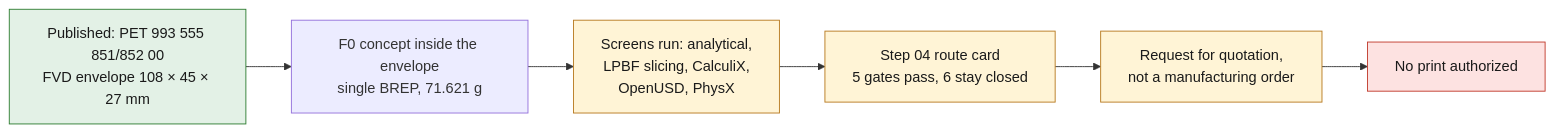
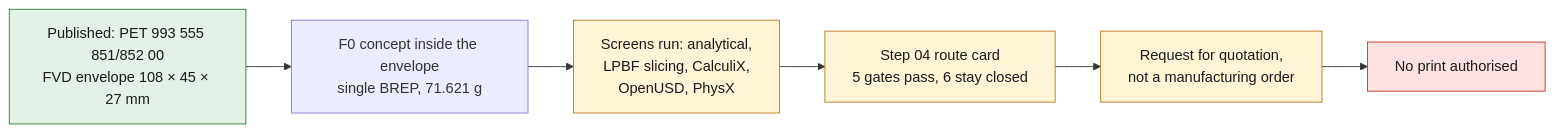
One commit to cluster2600/porscheparts changed the diagram in docs/993/993_DOOR_OPENER_LEVER_ALSI10MG_F0.md. Above: the diagram before and after it, drawn with Mermaid. The commit also changed other lines of this file and 480 other files, not shown here.

````diff
--- a/docs/993/993_DOOR_OPENER_LEVER_ALSI10MG_F0.md
+++ b/docs/993/993_DOOR_OPENER_LEVER_ALSI10MG_F0.md
@@ -17,14 +17,14 @@
 ```mermaid
 flowchart LR
   S["Published: PET 993 555 851/852 00<br/>FVD envelope 108 × 45 × 27 mm"] --> G["F0 concept inside the envelope<br/>single BREP, 71.621 g"]
   G --> R["Screens run: analytical,<br/>LPBF slicing, CalculiX,<br/>OpenUSD, PhysX"]
   R --> C["Step 04 route card<br/>5 gates pass, 6 stay closed"]
   C --> Q["Request for quotation,<br/>not a manufacturing order"]
-  Q --> V["No print authorized"]
+  Q --> V["No print authorised"]
   class S ok
   class R,C,Q open
   class V stop
   classDef stop fill:#fde2e1,stroke:#c0392b,color:#1a1a1a;
   classDef ok fill:#e3f1e6,stroke:#2e7d32,color:#1a1a1a;
   classDef open fill:#fff4d6,stroke:#b7791f,color:#1a1a1a;
 ```
````
